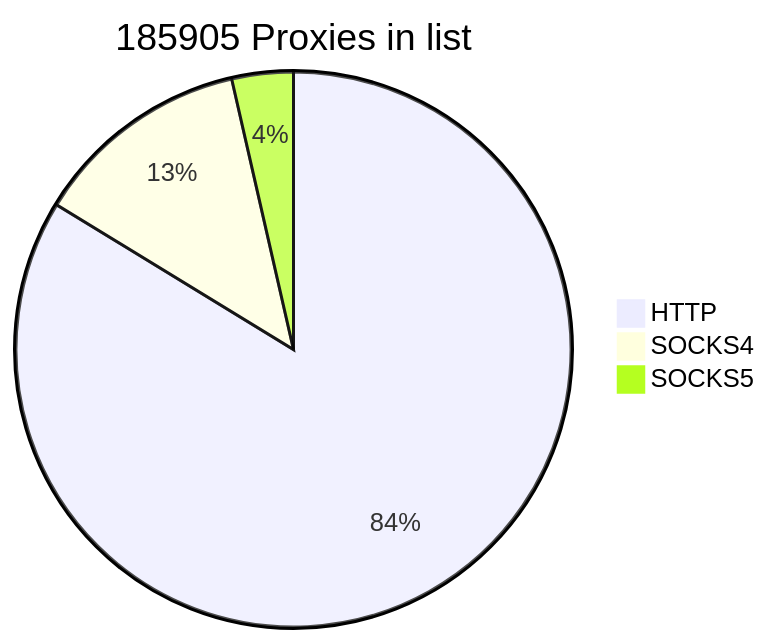
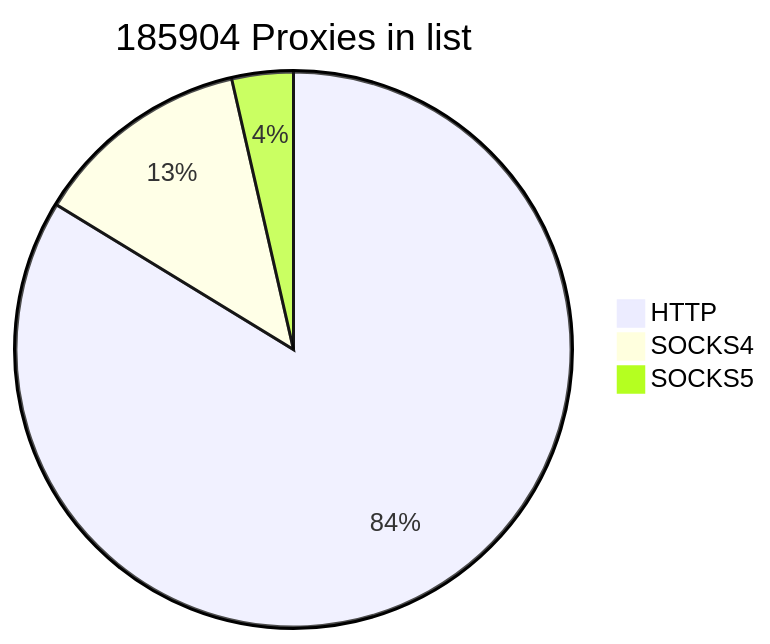
Before and after one commit to cutipu/proxylist: the first of 2 diagrams in README.md, drawn with Mermaid. The commit also changed other lines of this file, not shown here.

````diff
--- a/README.md
+++ b/README.md
@@ -2,7 +2,7 @@
 ```mermaid
-pie title 185905 Proxies in list
-    "HTTP" : 155651
+pie title 185904 Proxies in list
+    "HTTP" : 155650
     "SOCKS4" : 23608
     "SOCKS5" : 6646
             
 ```
````
